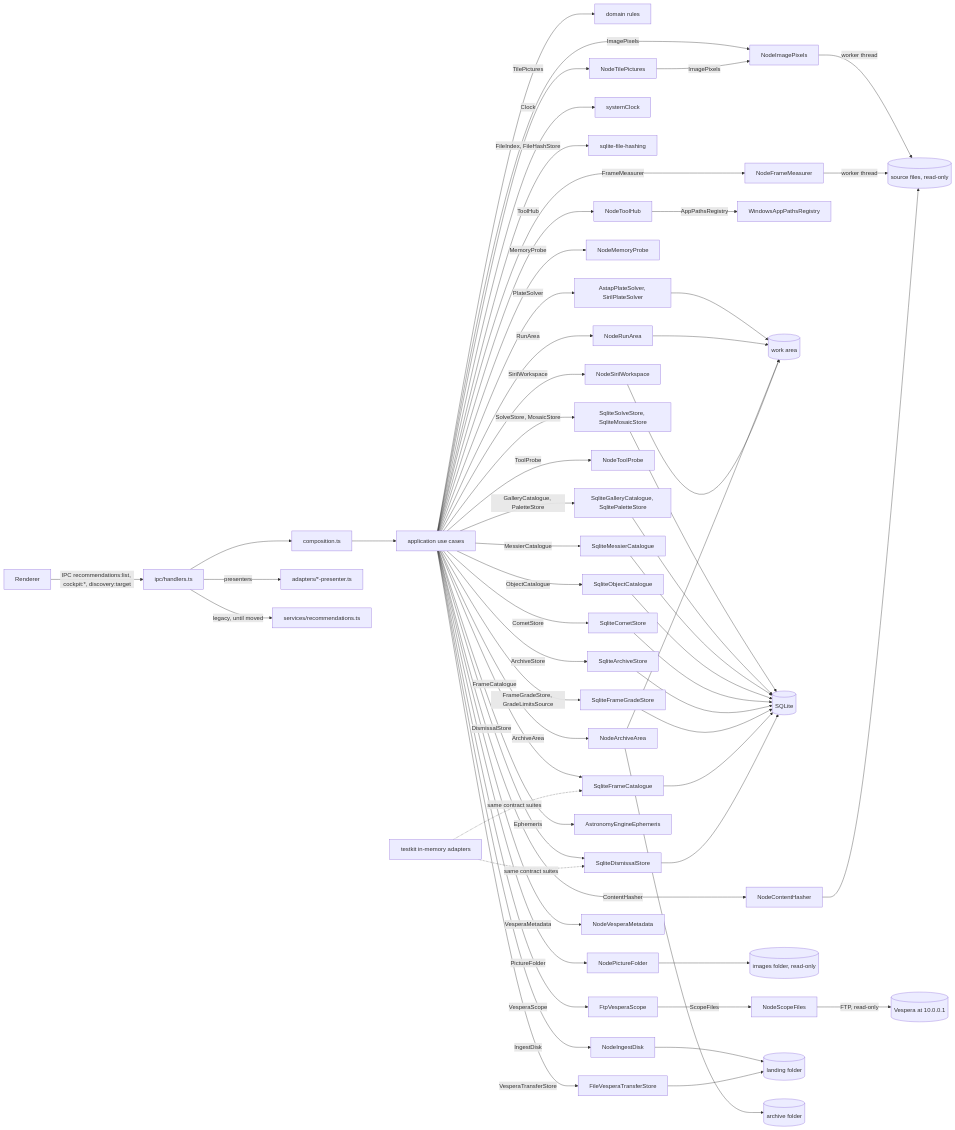
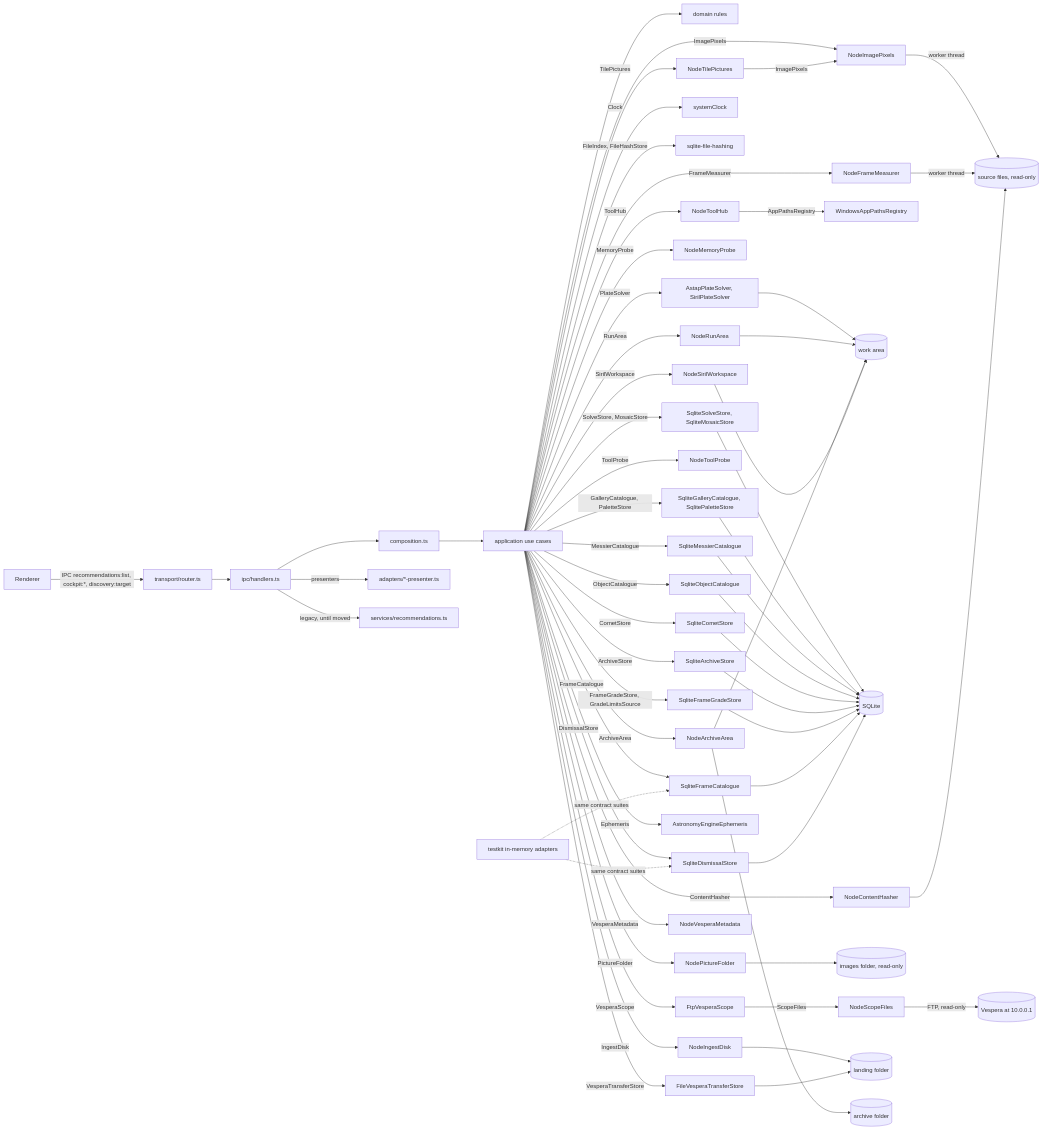
One commit to lgriffin/astrorepo changed the diagram in docs/architecture/hexagonal.md. Above: the diagram before and after it, drawn with Mermaid. The commit also changed other lines of this file and 22 other files, not shown here.

````diff
--- a/docs/architecture/hexagonal.md
+++ b/docs/architecture/hexagonal.md
@@ -23,62 +25,63 @@
 ```mermaid
 flowchart LR
-  UI[Renderer] -->|IPC recommendations:list, cockpit:*, discovery:target| H[ipc/handlers.ts]
+  UI[Renderer] -->|IPC recommendations:list, cockpit:*, discovery:target| R[transport/router.ts]
+  R --> H[ipc/handlers.ts]
   H --> C[composition.ts]
   C --> UC[application use cases]
   UC --> D[domain rules]
   UC -->|FrameCatalogue| A1[SqliteFrameCatalogue]
   UC -->|DismissalStore| A2[SqliteDismissalStore]
   UC -->|Clock| A3[systemClock]
   UC -->|FileIndex, FileHashStore| A4[sqlite-file-hashing]
   UC -->|ContentHasher| A5[NodeContentHasher]
   UC -->|SirilWorkspace| A6[NodeSirilWorkspace]
   UC -->|FrameGradeStore, GradeLimitsSource| A7[SqliteFrameGradeStore]
   UC -->|FrameMeasurer| A8[NodeFrameMeasurer]
   UC -->|MemoryProbe| A9[NodeMemoryProbe]
   UC -->|RunArea| A10[NodeRunArea]
   UC -->|ArchiveArea| A11[NodeArchiveArea]
   UC -->|ArchiveStore| A12[SqliteArchiveStore]
   UC -->|ToolHub| A13[NodeToolHub]
   A13 -->|AppPathsRegistry| A14[WindowsAppPathsRegistry]
   UC -->|ToolProbe| A15[NodeToolProbe]
   UC -->|PlateSolver| A16[AstapPlateSolver, SirilPlateSolver]
   UC -->|SolveStore, MosaicStore| A17[SqliteSolveStore, SqliteMosaicStore]
   A16 --> WA
   A17 --> DB
   UC -->|ImagePixels| A18[NodeImagePixels]
   UC -->|GalleryCatalogue, PaletteStore| A19[SqliteGalleryCatalogue, SqlitePaletteStore]
   A18 -->|worker thread| FS
   A19 --> DB
   UC -->|MessierCatalogue| A22[SqliteMessierCatalogue]
   UC -->|TilePictures| A23[NodeTilePictures]
   A22 --> DB
   A23 -->|ImagePixels| A18
   UC -->|PictureFolder| A24[NodePictureFolder]
   UC -->|ObjectCatalogue| A25[SqliteObjectCatalogue]
   A24 --> IMG[(images folder, read-only)]
   A25 --> DB
   UC -->|CometStore| A20[SqliteCometStore]
   UC -->|Ephemeris| A21[AstronomyEngineEphemeris]
   UC -->|VesperaScope| A28[FtpVesperaScope]
   A28 -->|ScopeFiles| A29[NodeScopeFiles]
   UC -->|IngestDisk| A30[NodeIngestDisk]
   UC -->|VesperaMetadata| A31[NodeVesperaMetadata]
   UC -->|VesperaTransferStore| A32[FileVesperaTransferStore]
   A29 -->|FTP, read-only| VS[(Vespera at 10.0.0.1)]
   A30 --> LA[(landing folder)]
   A32 --> LA
   A20 --> DB
   A10 --> WA
   A11 --> WA
   A11 --> AR[(archive folder)]
   A12 --> DB
   A8 -->|worker thread| FS
   A7 --> DB
   A5 --> FS[(source files, read-only)]
   A6 --> WA[(work area)]
   A1 --> DB[(SQLite)]
   A2 --> DB
   T[testkit in-memory adapters] -.same contract suites.-> A1 & A2
   H -->|presenters| P[adapters/*-presenter.ts]
   H -->|legacy, until moved| S[services/recommendations.ts]
 ```
````
